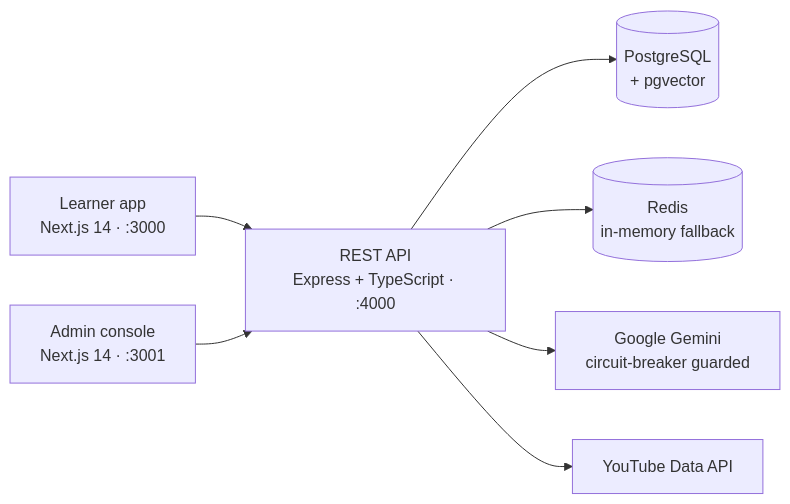
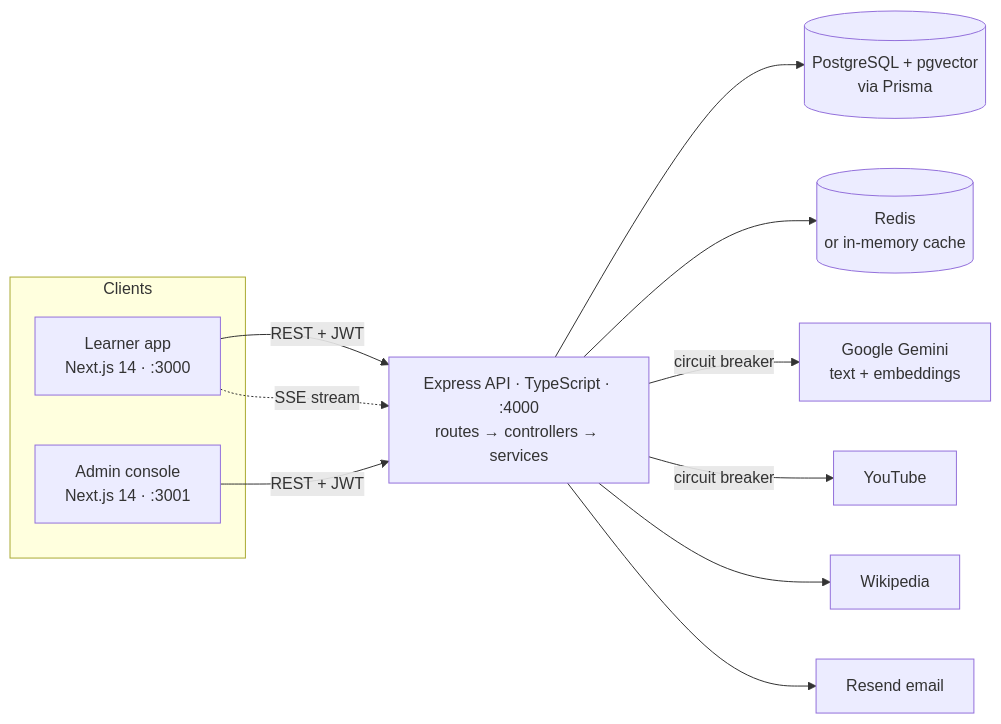
The second of 3 diagrams in README.md (Likith2005-coder/SkillStreak-AI), drawn with Mermaid before and after one commit. The commit also changed other lines of this file and 13 other files, not shown here.

````diff
--- a/README.md
+++ b/README.md
@@ -55,9 +126,16 @@
 ```mermaid
 flowchart LR
-    L[Learner app<br/>Next.js 14 · :3000] --> API
-    A[Admin console<br/>Next.js 14 · :3001] --> API
-    API[REST API<br/>Express + TypeScript · :4000] --> DB[(PostgreSQL<br/>+ pgvector)]
-    API --> R[(Redis<br/>in-memory fallback)]
-    API --> G[Google Gemini<br/>circuit-breaker guarded]
-    API --> Y[YouTube Data API]
+    subgraph Clients
+        L[Learner app<br/>Next.js 14 · :3000]
+        A[Admin console<br/>Next.js 14 · :3001]
+    end
+    L -- REST + JWT --> API
+    L -. SSE stream .-> API
+    A -- REST + JWT --> API
+    API[Express API · TypeScript · :4000<br/>routes → controllers → services] --> DB[(PostgreSQL + pgvector<br/>via Prisma)]
+    API --> C[(Redis<br/>or in-memory cache)]
+    API -- circuit breaker --> G[Google Gemini<br/>text + embeddings]
+    API -- circuit breaker --> Y[YouTube]
+    API --> W[Wikipedia]
+    API --> R[Resend email]
 ```
````
